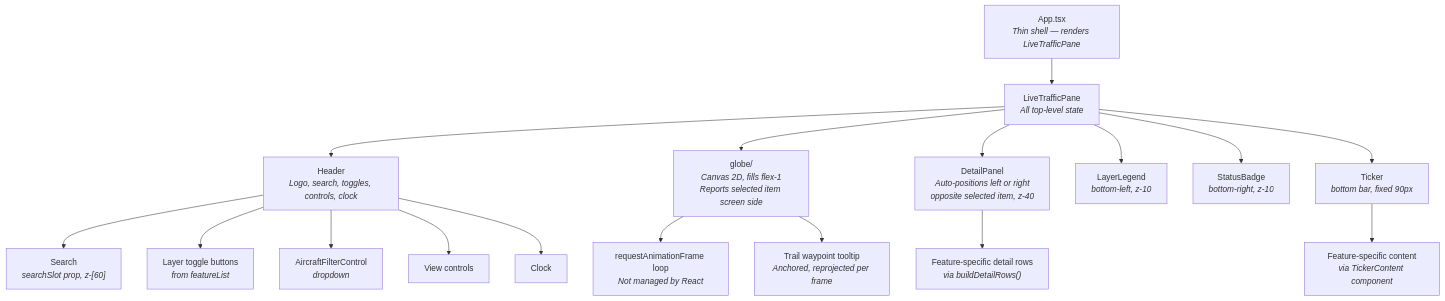
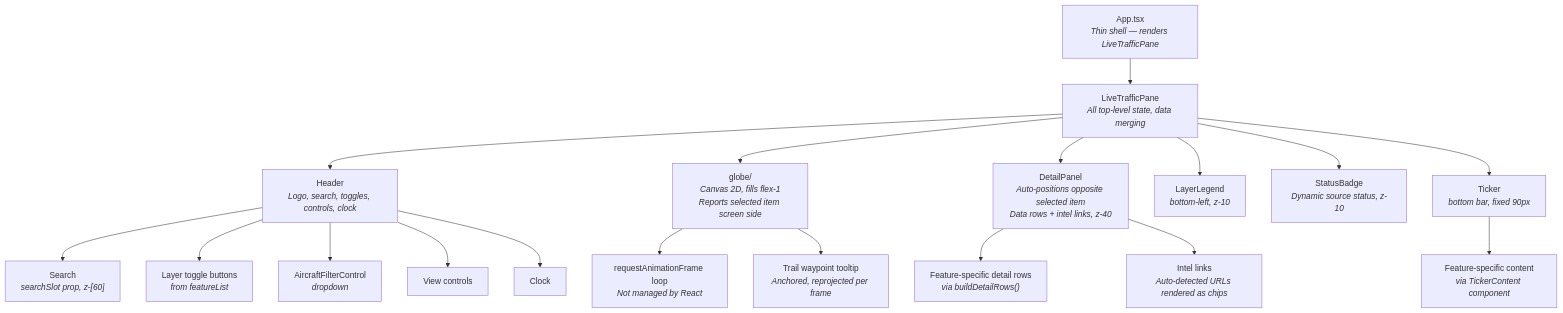
Before and after one commit to iiTONELOC/sigint: diagram 13 of 14 in docs/architecture.md, drawn with Mermaid. The commit also changed other lines of this file and 30 other files, not shown here.

First line of the commit message:
feat: live USGS earthquake data, feature domain structure, intel links,

````diff
--- a/docs/architecture.md
+++ b/docs/architecture.md
@@ -674,25 +760,26 @@
 ```mermaid
 graph TD
     App["App.tsx<br/><i>Thin shell — renders LiveTrafficPane</i>"]
-    App --> LTP["LiveTrafficPane<br/><i>All top-level state</i>"]
+    App --> LTP["LiveTrafficPane<br/><i>All top-level state, data merging</i>"]
 
     LTP --> Header["Header<br/><i>Logo, search, toggles, controls, clock</i>"]
     Header --> SearchComp["Search<br/><i>searchSlot prop, z-[60]</i>"]
     Header --> LayerToggles["Layer toggle buttons<br/><i>from featureList</i>"]
     Header --> AircraftFC["AircraftFilterControl<br/><i>dropdown</i>"]
     Header --> ViewControls["View controls"]
     Header --> Clock["Clock"]
 
     LTP --> GlobeViz["globe/<br/><i>Canvas 2D, fills flex-1<br/>Reports selected item screen side</i>"]
     GlobeViz --> CanvasLoop["requestAnimationFrame loop<br/><i>Not managed by React</i>"]
     GlobeViz --> Tooltip["Trail waypoint tooltip<br/><i>Anchored, reprojected per frame</i>"]
 
-    LTP --> DetailPanel["DetailPanel<br/><i>Auto-positions left or right<br/>opposite selected item, z-40</i>"]
+    LTP --> DetailPanel["DetailPanel<br/><i>Auto-positions opposite selected item<br/>Data rows + intel links, z-40</i>"]
     DetailPanel --> DetailRows["Feature-specific detail rows<br/><i>via buildDetailRows()</i>"]
+    DetailPanel --> IntelLinks["Intel links<br/><i>Auto-detected URLs rendered as chips</i>"]
 
     LTP --> LayerLegend["LayerLegend<br/><i>bottom-left, z-10</i>"]
-    LTP --> StatusBadge["StatusBadge<br/><i>bottom-right, z-10</i>"]
+    LTP --> StatusBadge["StatusBadge<br/><i>Dynamic source status, z-10</i>"]
 
     LTP --> Ticker["Ticker<br/><i>bottom bar, fixed 90px</i>"]
     Ticker --> TickerContent["Feature-specific content<br/><i>via TickerContent component</i>"]
 ```
````
